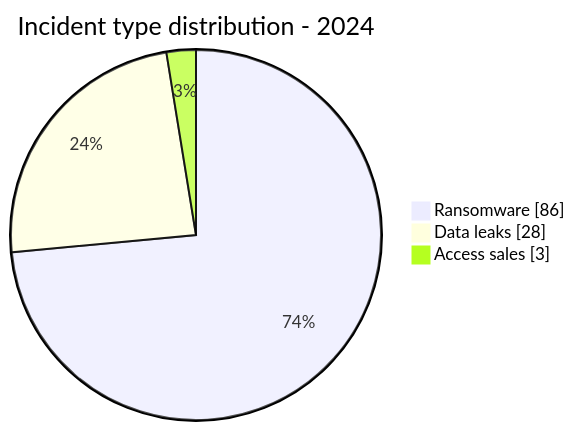
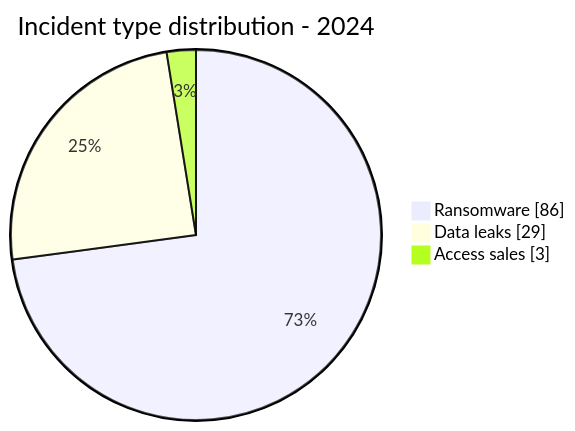
One commit to Hatchepsoute/AFRINTEL changed the second of 3 diagrams in CyberAttackAfrica/2024/README.md. Above: the diagram before and after it, drawn with Mermaid. The commit also changed other lines of this file and 48 other files, not shown here.

````diff
--- a/CyberAttackAfrica/2024/README.md
+++ b/CyberAttackAfrica/2024/README.md
@@ -66,7 +66,7 @@
 ```mermaid
 pie showData
     title Incident type distribution - 2024
     "Ransomware" : 86
-    "Data leaks" : 28
+    "Data leaks" : 29
     "Access sales" : 3
 ```
````
